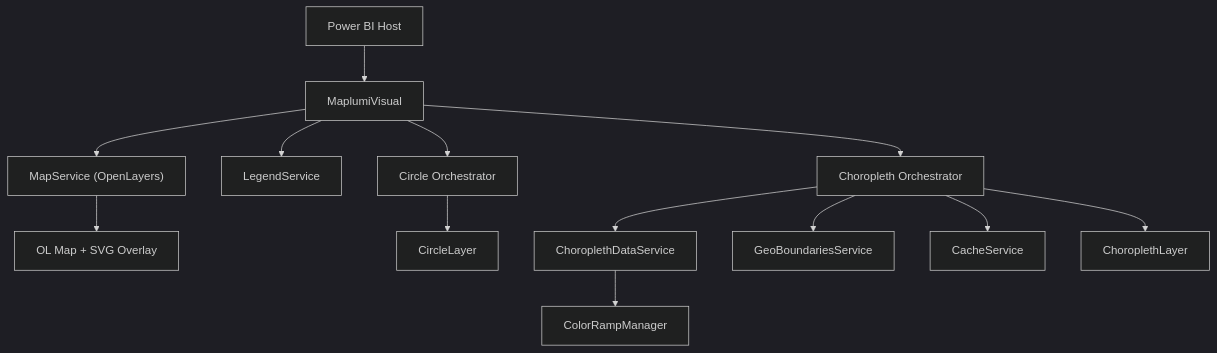
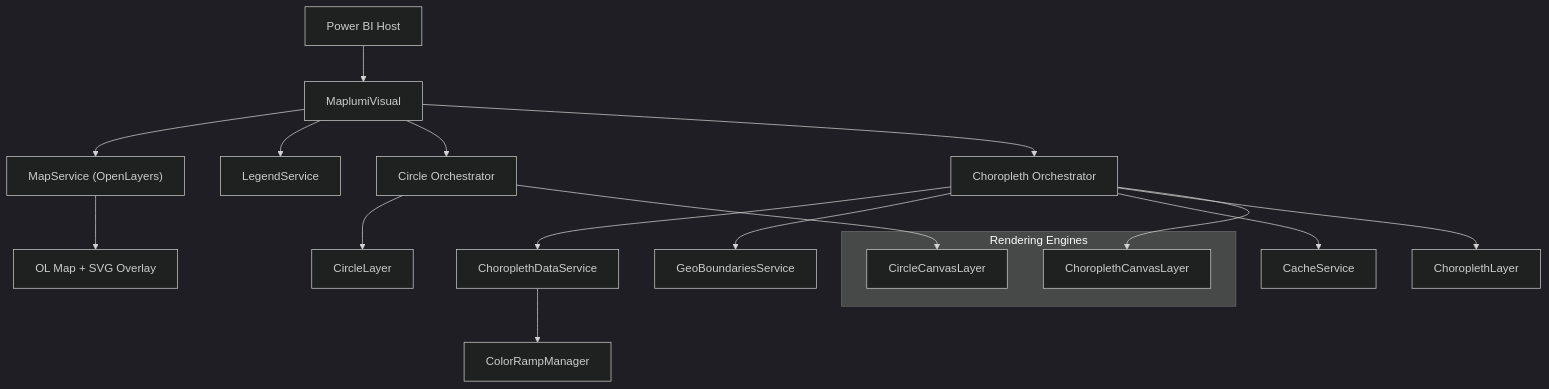
Before and after one commit to maplumi/maplumi-pbi: the first of 4 diagrams in spec/main.md, drawn with Mermaid (dark theme). The commit also changed other lines of this file and 3 other files, not shown here.

````diff
--- a/spec/main.md
+++ b/spec/main.md
@@ -23,15 +24,21 @@
 ```mermaid
 graph TD
   host[Power BI Host] --> visual[MaplumiVisual]
   visual --> mapSvc["MapService (OpenLayers)"]
   visual --> legends[LegendService]
   visual --> circlesOrch[Circle Orchestrator]
   visual --> choroOrch[Choropleth Orchestrator]
   choroOrch --> dataSvc[ChoroplethDataService]
   choroOrch --> geoSvc[GeoBoundariesService]
   choroOrch --> cache[CacheService]
   dataSvc --> ramps[ColorRampManager]
   mapSvc --> map["OL Map + SVG Overlay"]
   circlesOrch --> circleLayer[CircleLayer]
   choroOrch --> choroLayer[ChoroplethLayer]
+  subgraph Rendering Engines
+    choroCanvas[ChoroplethCanvasLayer]
+    circleCanvas[CircleCanvasLayer]
+  end
+  choroOrch --> choroCanvas
+  circlesOrch --> circleCanvas
 ```
````
